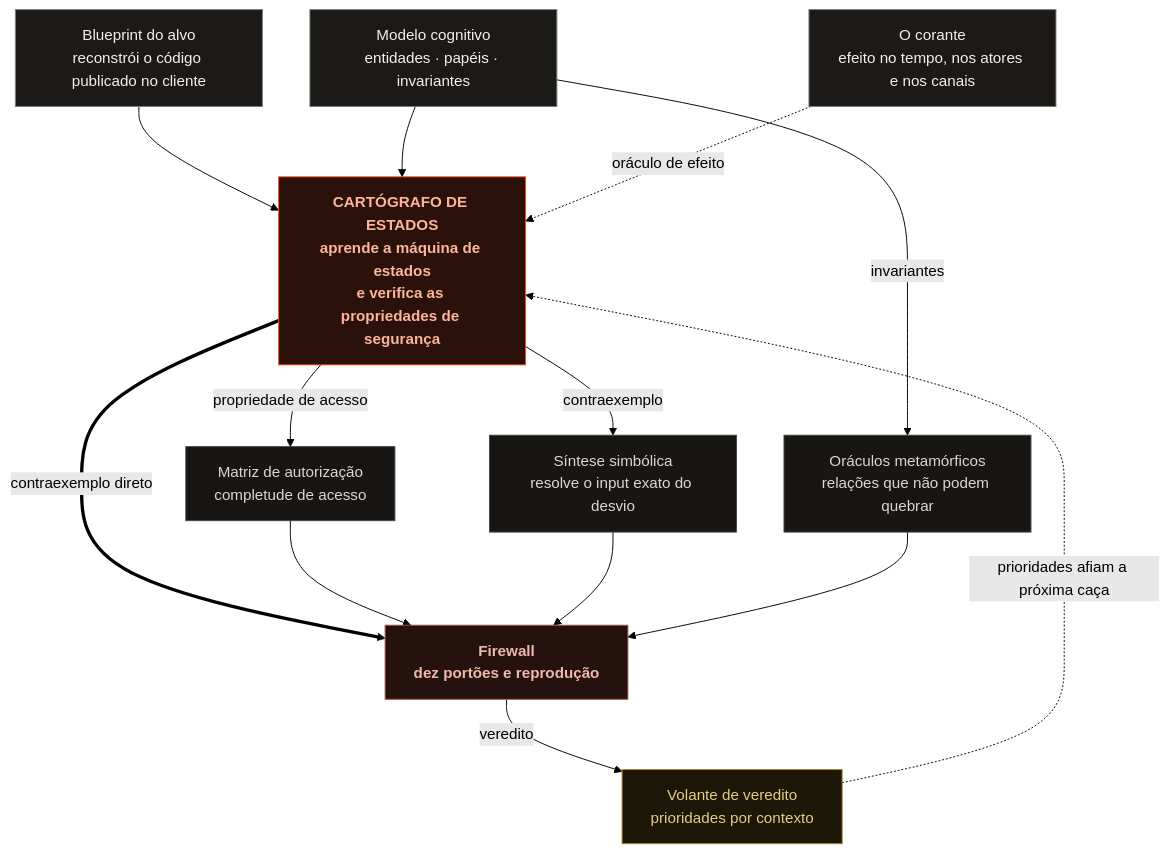
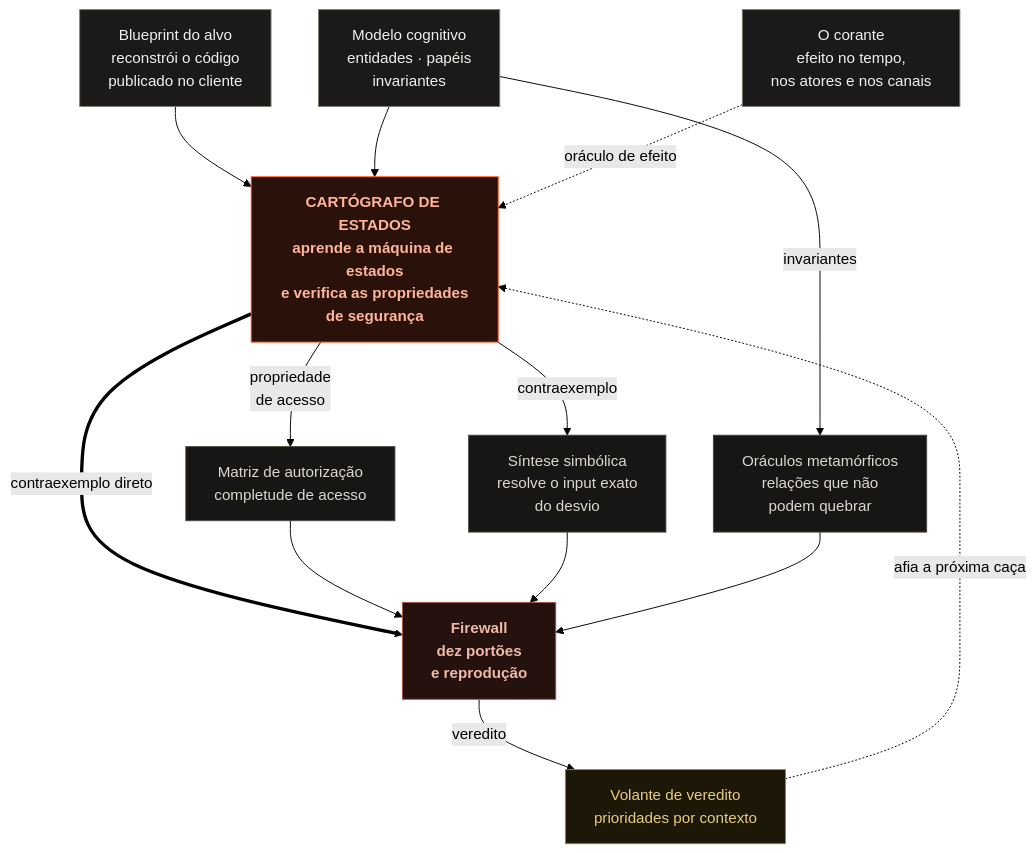
Before and after one commit to pablodlz/portfolio: the diagram in diagrams/nucleo.mmd, drawn with Mermaid (forest theme). The commit also changed 14 other files, not shown here.

```diff
--- a/diagrams/nucleo.mmd
+++ b/diagrams/nucleo.mmd
@@ -1,29 +1,31 @@
 %% O núcleo: em torno do Cartógrafo, a percepção CONSTRÓI o modelo, a dedução
 %% DERIVA o bug e o aprendizado AFIA a próxima caça.
+%% As quebras são curtas de propósito: a largura NATURAL do diagrama é o que
+%% decide o tamanho da letra na página (ver diagrams/README.md).
 flowchart TB
-  BP["Blueprint do alvo<br/>reconstrói o código publicado no cliente"]:::perc
-  CTM["Modelo cognitivo<br/>entidades · papéis · invariantes"]:::perc
-  COR["O corante<br/>efeito no tempo, nos atores e nos canais"]:::perc
-  CART["CARTÓGRAFO DE ESTADOS<br/>aprende a máquina de estados<br/>e verifica as propriedades de segurança"]:::core
+  BP["Blueprint do alvo<br/>reconstrói o código<br/>publicado no cliente"]:::perc
+  CTM["Modelo cognitivo<br/>entidades · papéis<br/>invariantes"]:::perc
+  COR["O corante<br/>efeito no tempo,<br/>nos atores e nos canais"]:::perc
+  CART["CARTÓGRAFO DE ESTADOS<br/>aprende a máquina de estados<br/>e verifica as propriedades<br/>de segurança"]:::core
   AUTHZ["Matriz de autorização<br/>completude de acesso"]:::ded
-  NEO["Síntese simbólica<br/>resolve o input exato do desvio"]:::ded
-  META["Oráculos metamórficos<br/>relações que não podem quebrar"]:::ded
-  FW["Firewall<br/>dez portões e reprodução"]:::fw
+  NEO["Síntese simbólica<br/>resolve o input exato<br/>do desvio"]:::ded
+  META["Oráculos metamórficos<br/>relações que não<br/>podem quebrar"]:::ded
+  FW["Firewall<br/>dez portões<br/>e reprodução"]:::fw
   FLY["Volante de veredito<br/>prioridades por contexto"]:::learn
   BP --> CART
   CTM --> CART
   COR -. "oráculo de efeito" .-> CART
-  CART -- "propriedade de acesso" --> AUTHZ
+  CART -- "propriedade<br/>de acesso" --> AUTHZ
   CART -- "contraexemplo" --> NEO
   CTM -- "invariantes" --> META
   CART == "contraexemplo direto" ==> FW
   AUTHZ --> FW
   NEO --> FW
   META --> FW
   FW -- "veredito" --> FLY
-  FLY -. "prioridades afiam a próxima caça" .-> CART
+  FLY -. "afia a próxima caça" .-> CART
   classDef perc fill:#1c1a18,stroke:#7f7a72,color:#f2f0ed
   classDef core fill:#2a120b,stroke:#ff5024,color:#ffb49c,font-weight:bold
   classDef ded fill:#171614,stroke:#4c4740,color:#dcd7d0
   classDef learn fill:#1d1708,stroke:#a8842a,color:#e6cd82
   classDef fw fill:#25120f,stroke:#a15a4a,color:#efb9a9,font-weight:bold
```
